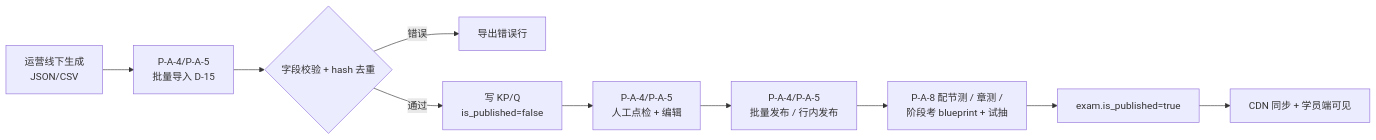
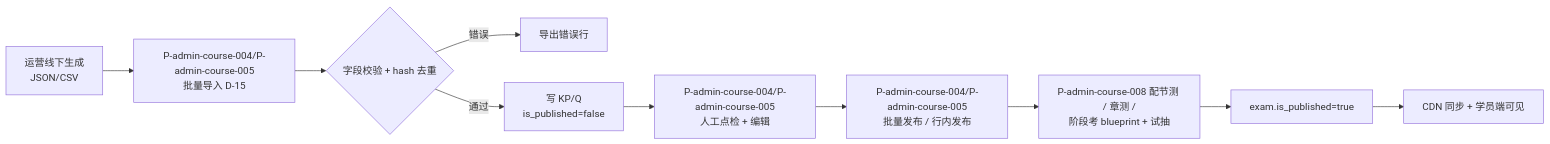
Before and after one commit to foryou2026/chinese: the first of 6 diagrams in docs/C01-requirements/course/flows/main-flow.md, drawn with Mermaid. The commit also changed other lines of this file and 423 other files, not shown here.

````diff
--- a/docs/C01-requirements/course/flows/main-flow.md
+++ b/docs/C01-requirements/course/flows/main-flow.md
@@ -9,12 +9,12 @@
 ```mermaid
 flowchart LR
-  A[运营线下生成<br/>JSON/CSV] --> B[P-A-4/P-A-5<br/>批量导入 D-15]
+  A[运营线下生成<br/>JSON/CSV] --> B[P-admin-course-004/P-admin-course-005<br/>批量导入 D-15]
   B --> C{字段校验 + hash 去重}
   C -- 错误 --> D[导出错误行]
   C -- 通过 --> E[写 KP/Q<br/>is_published=false]
-  E --> F[P-A-4/P-A-5<br/>人工点检 + 编辑]
-  F --> G[P-A-4/P-A-5<br/>批量发布 / 行内发布]
-  G --> H[P-A-8 配节测 / 章测 /<br/>阶段考 blueprint + 试抽]
+  E --> F[P-admin-course-004/P-admin-course-005<br/>人工点检 + 编辑]
+  F --> G[P-admin-course-004/P-admin-course-005<br/>批量发布 / 行内发布]
+  G --> H[P-admin-course-008 配节测 / 章测 /<br/>阶段考 blueprint + 试抽]
   H --> I[exam.is_published=true]
   I --> J[CDN 同步 + 学员端可见]
 ```
````
